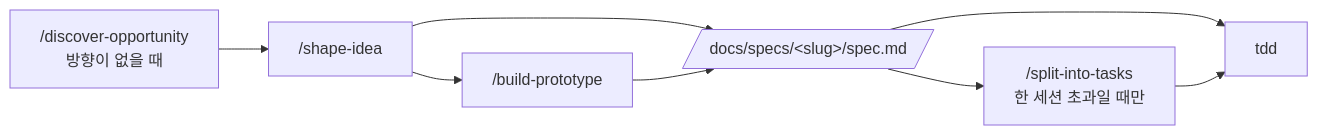
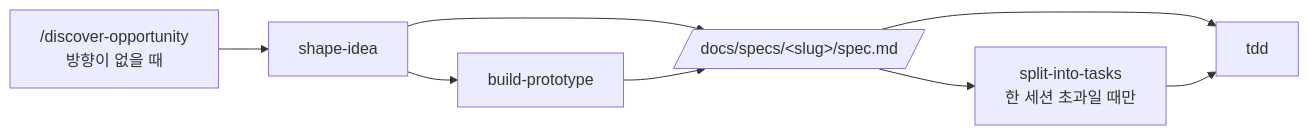
Before and after one commit to toy-crane/claude-code-playbook-template: the diagram in README.md, drawn with Mermaid. The commit also changed other lines of this file, not shown here.

````diff
--- a/README.md
+++ b/README.md
@@ -69,10 +46,10 @@
 ```mermaid
 flowchart LR
-    DO["/discover-opportunity<br/>방향이 없을 때"] --> SI["/shape-idea"]
-    SI --> BP["/build-prototype"]
+    DO["/discover-opportunity<br/>방향이 없을 때"] --> SI["shape-idea"]
+    SI --> BP["build-prototype"]
     SI --> SPEC[/"docs/specs/&lt;slug&gt;/spec.md"/]
     BP --> SPEC
-    SPEC --> ST["/split-into-tasks<br/>한 세션 초과일 때만"]
+    SPEC --> ST["split-into-tasks<br/>한 세션 초과일 때만"]
     SPEC --> TDD["tdd"]
     ST --> TDD
 ```
````
